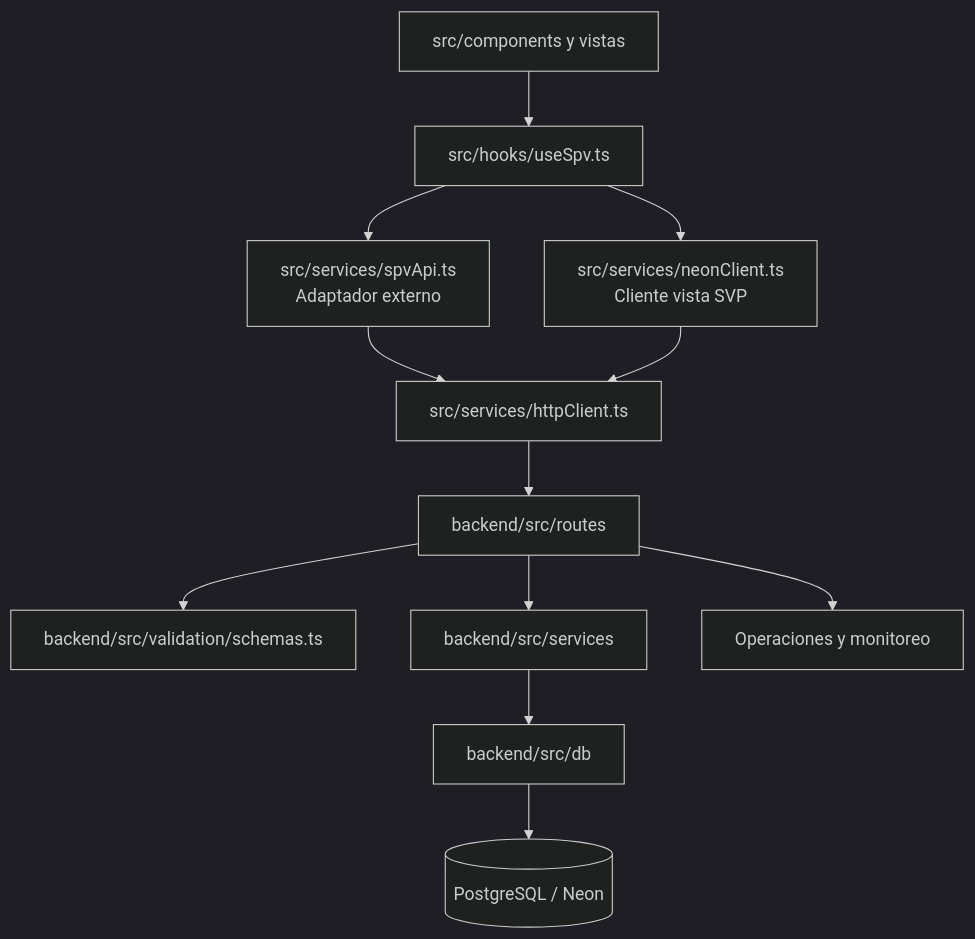
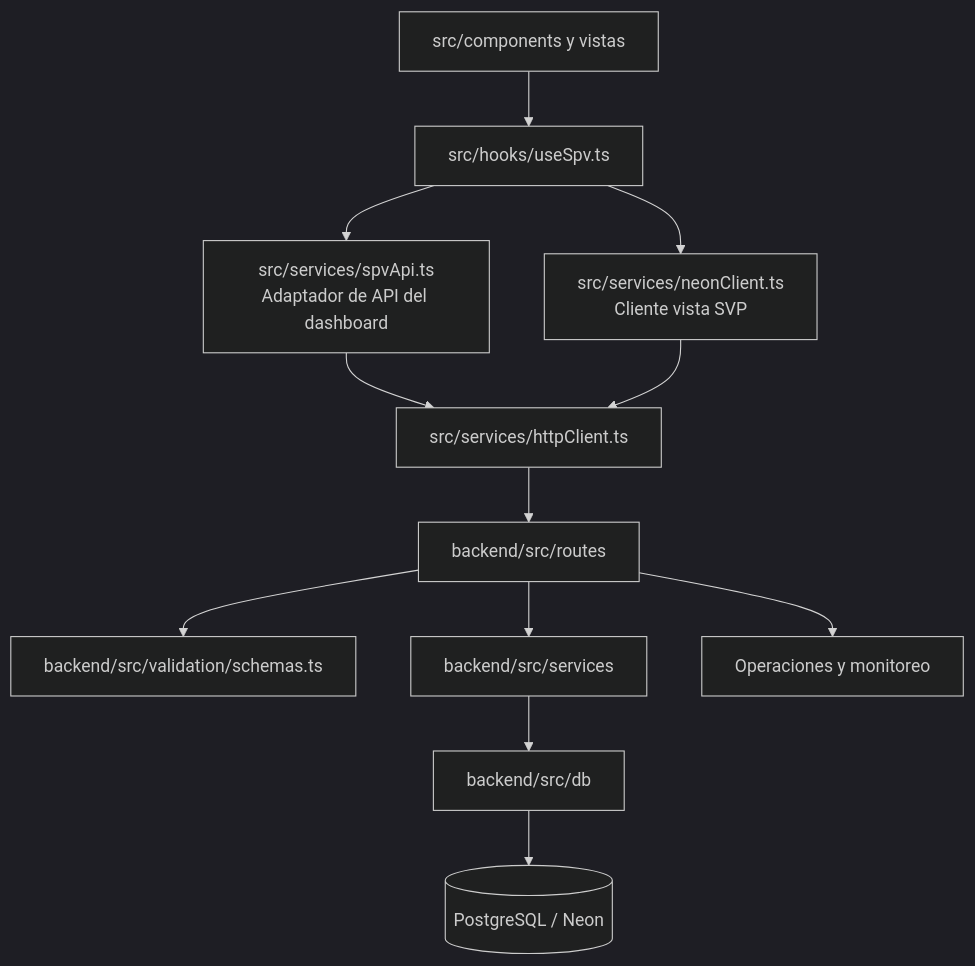
One commit to viewhorizon/SVP changed the first of 4 diagrams in docs/SYSTEM_DIAGRAMS.md. Above: the diagram before and after it, drawn with Mermaid (dark theme). The commit also changed other lines of this file and 19 other files, not shown here.

````diff
--- a/docs/SYSTEM_DIAGRAMS.md
+++ b/docs/SYSTEM_DIAGRAMS.md
@@ -7,14 +7,14 @@
 ```mermaid
 flowchart TB
   UI["src/components y vistas"] --> Hook["src/hooks/useSpv.ts"]
-  Hook --> Client["src/services/spvApi.ts\nAdaptador externo"]
+  Hook --> Client["src/services/spvApi.ts\nAdaptador de API del dashboard"]
   Hook --> NeonClient["src/services/neonClient.ts\nCliente vista SVP"]
   Client --> HTTP["src/services/httpClient.ts"]
   NeonClient --> HTTP
   HTTP --> Routes["backend/src/routes"]
   Routes --> Validation["backend/src/validation/schemas.ts"]
   Routes --> Services["backend/src/services"]
   Services --> Repositories["backend/src/db"]
   Repositories --> Neon[("PostgreSQL / Neon")]
   Routes --> Ops["Operaciones y monitoreo"]
 ```
````
